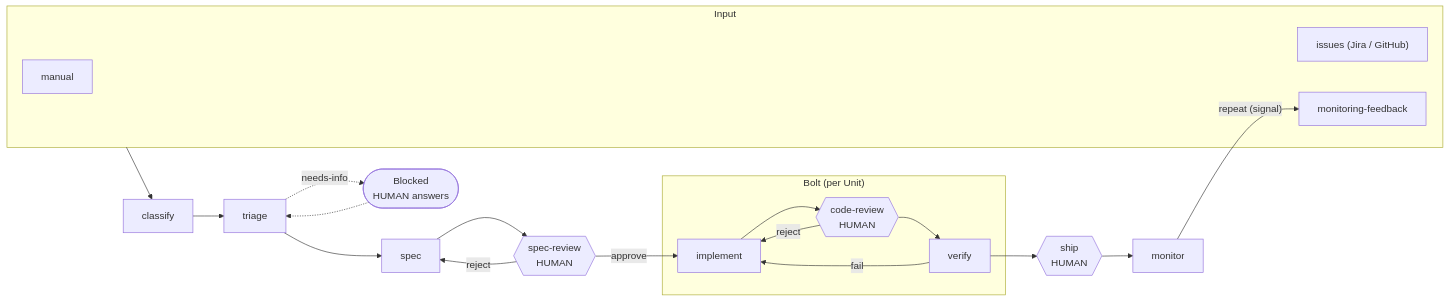
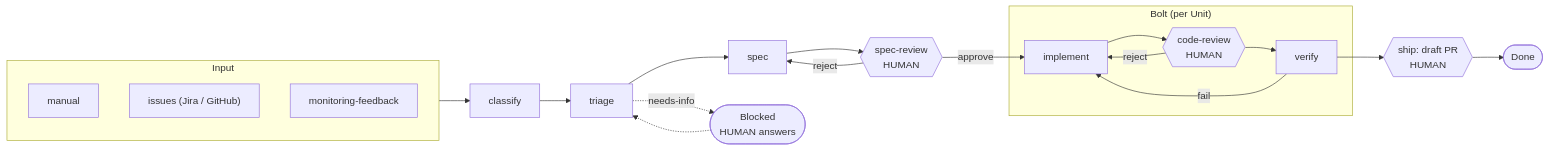
Before and after one commit to ron96g/software-factory: the diagram in docs/ai-dlc-glossary.md, drawn with Mermaid. The commit also changed other lines of this file and 10 other files, not shown here.

````diff
--- a/docs/ai-dlc-glossary.md
+++ b/docs/ai-dlc-glossary.md
@@ -140,17 +140,16 @@
 ```mermaid
 flowchart LR
   subgraph Input
     manual[manual] & issues["issues (Jira / GitHub)"] & feedback[monitoring-feedback]
   end
   Input --> classify --> triage --> spec --> specReview{{"spec-review<br/>HUMAN"}}
   triage -. needs-info .-> blocked(["Blocked<br/>HUMAN answers"]) -.-> triage
   specReview -- reject --> spec
   specReview -- approve --> implement
   subgraph Bolt["Bolt (per Unit)"]
     implement --> codeReview{{"code-review<br/>HUMAN"}} --> verify
     codeReview -- reject --> implement
     verify -- fail --> implement
   end
-  verify --> ship{{"ship<br/>HUMAN"}} --> monitor
-  monitor -- "repeat (signal)" --> feedback
+  verify --> ship{{"ship: draft PR<br/>HUMAN"}} --> done([Done])
 ```
````
